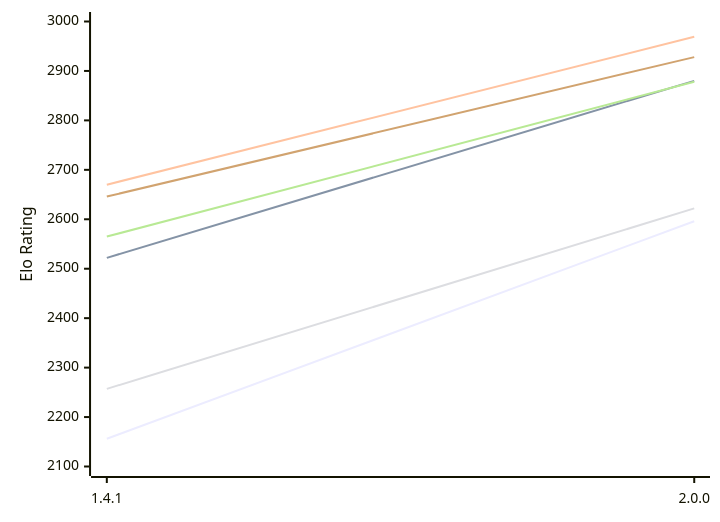
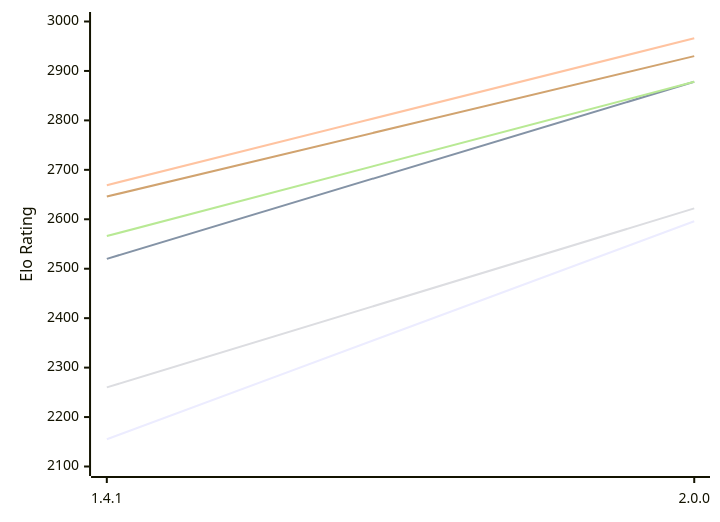
The first of 2 diagrams in engines/Chal.md (computer-chess-index/cci), drawn with Mermaid before and after one commit. The commit also changed other lines of this file, not shown here.

Commit message:
Update CCI Ratings (ELO VLTC) - 2026-11-28

````diff
--- a/engines/Chal.md
+++ b/engines/Chal.md
@@ -55,12 +55,12 @@
 ```mermaid
 %%{init: {"theme":"base","themeVariables":{"seriesColors:['#a3a3a3','#222221','#faa371']}}}%%
 xychart-beta
   x-axis ["1.4.1", "2.0.0"]
   y-axis "Elo Rating" 2100 --> 3000
-  line "E1: STC (8.0+0.08s)" [2156, 2596]
-  line "E1: LTC (60.0+0.60s)" [2522, 2880]
-  line "E1: VLTC (2m24s+1.12s)" [2670, 2969]
-  line "P1: STC (8.0+0.08s)" [2257, 2622]
-  line "P1: LTC (60.0+0.60s)" [2565, 2878]
-  line "P1: VLTC (2m24s+1.12s)" [2646, 2928]
+  line "E1: STC (8.0+0.08s)" [2155, 2596]
+  line "E1: LTC (60.0+0.60s)" [2520, 2878]
+  line "E1: VLTC (2m24s+1.12s)" [2669, 2966]
+  line "P1: STC (8.0+0.08s)" [2260, 2622]
+  line "P1: LTC (60.0+0.60s)" [2566, 2878]
+  line "P1: VLTC (2m24s+1.12s)" [2646, 2930]
 ```
````
